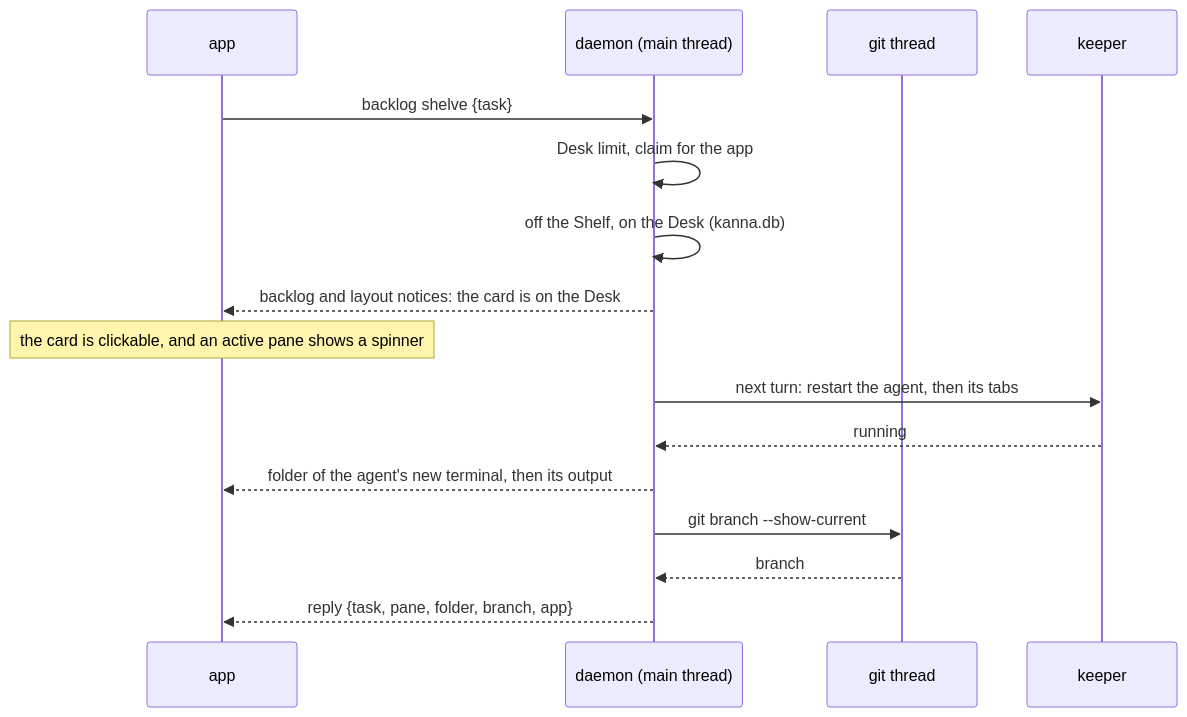
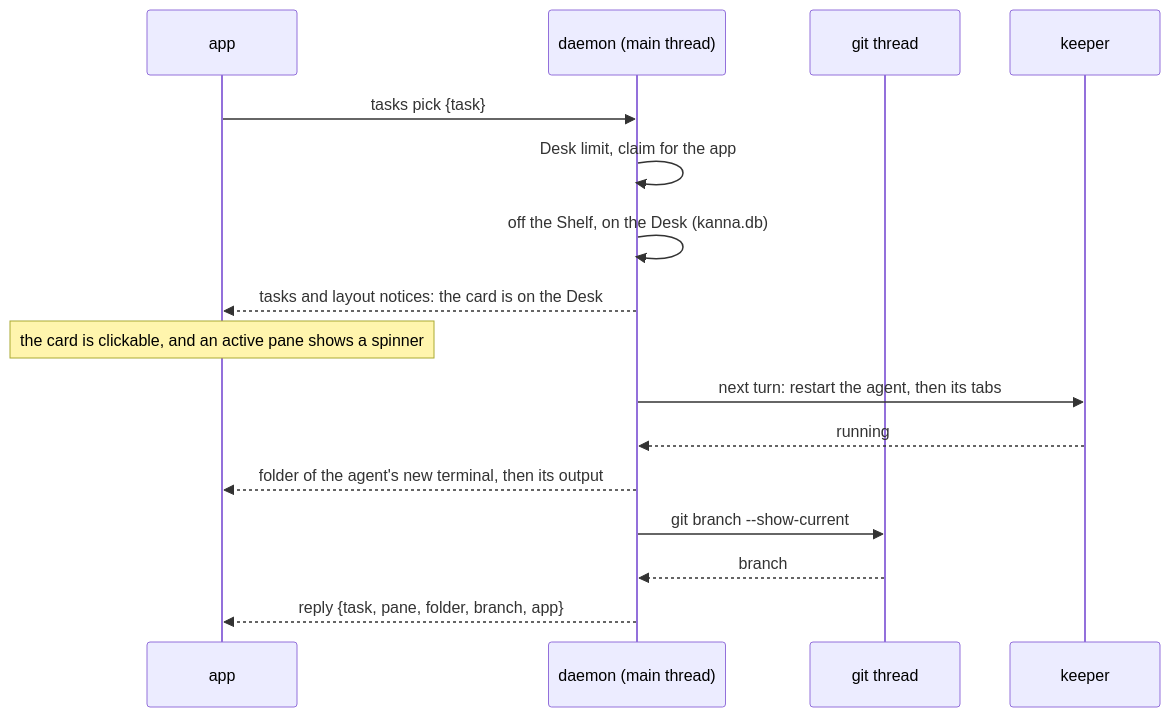
One commit to tampopogk/kanna changed the diagram in docs/specs/move-to-desk-latency.md. Above: the diagram before and after it, drawn with Mermaid. The commit also changed other lines of this file and 28 other files, not shown here.

````diff
--- a/docs/specs/move-to-desk-latency.md
+++ b/docs/specs/move-to-desk-latency.md
@@ -19,18 +19,18 @@
 ```mermaid
 sequenceDiagram
     participant A as app
     participant D as daemon (main thread)
     participant G as git thread
     participant K as keeper
-    A->>D: backlog shelve {task}
+    A->>D: tasks pick {task}
     D->>D: Desk limit, claim for the app
     D->>D: off the Shelf, on the Desk (kanna.db)
-    D-->>A: backlog and layout notices: the card is on the Desk
+    D-->>A: tasks and layout notices: the card is on the Desk
     Note over A: the card is clickable, and an active pane shows a spinner
     D->>K: next turn: restart the agent, then its tabs
     K-->>D: running
     D-->>A: folder of the agent's new terminal, then its output
     D->>G: git branch --show-current
     G-->>D: branch
     D-->>A: reply {task, pane, folder, branch, app}
 ```
````
